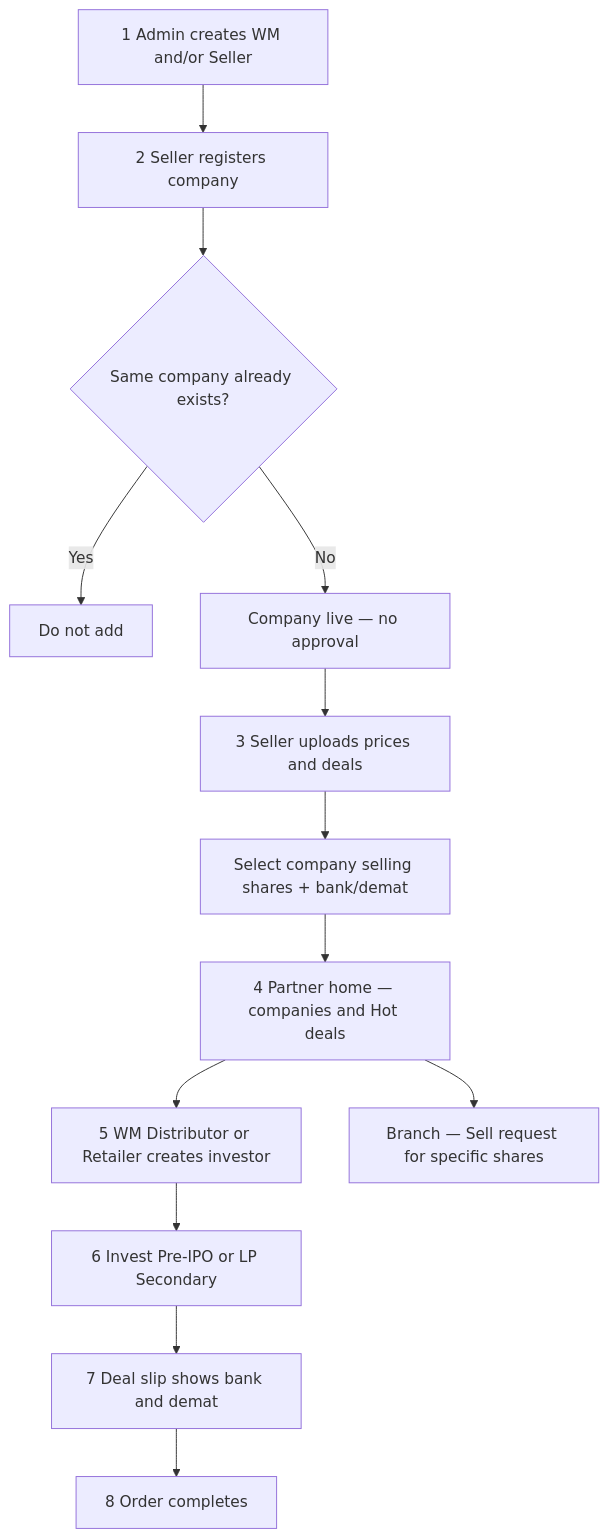
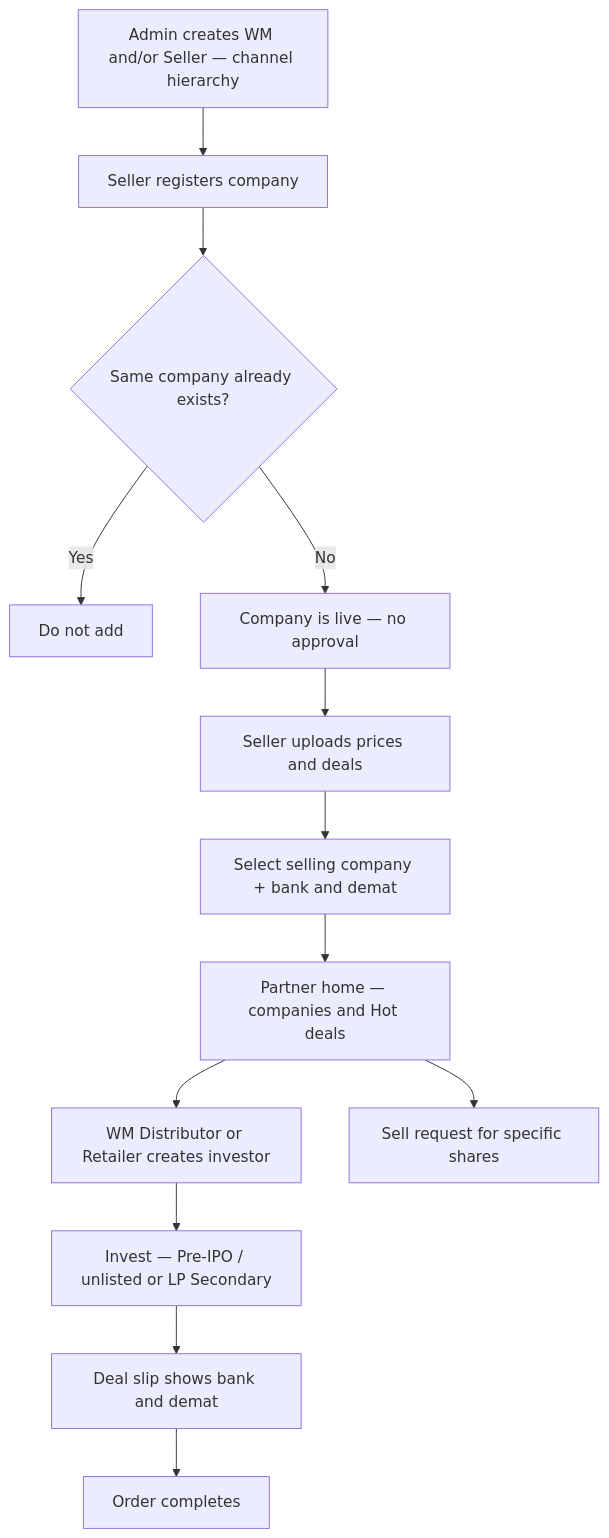
The diagram in docs/START-HERE.md (kavadevelopers/PrivateDealsBackend), drawn with Mermaid before and after one commit. The commit also changed other lines of this file and 3 other files, not shown here.

````diff
--- a/docs/START-HERE.md
+++ b/docs/START-HERE.md
@@ -19,15 +16,15 @@
 ```mermaid
 flowchart TD
-  A[1 Admin creates WM and/or Seller] --> B[2 Seller registers company]
-  B --> Dup{Same company already exists?}
+  Setup[Admin creates WM and/or Seller — channel hierarchy] --> Company[Seller registers company]
+  Company --> Dup{Same company already exists?}
   Dup -->|Yes| Stop[Do not add]
-  Dup -->|No| Live[Company live — no approval]
-  Live --> D[3 Seller uploads prices and deals]
-  D --> Select[Select company selling shares + bank/demat]
-  Select --> E[4 Partner home — companies and Hot deals]
-  E --> F[5 WM Distributor or Retailer creates investor]
-  F --> G[6 Invest Pre-IPO or LP Secondary]
-  G --> Slip[7 Deal slip shows bank and demat]
-  Slip --> H[8 Order completes]
-  E --> I[Branch — Sell request for specific shares]
+  Dup -->|No| Live[Company is live — no approval]
+  Live --> Commercial[Seller uploads prices and deals]
+  Commercial --> Bound[Select selling company + bank and demat]
+  Bound --> Home[Partner home — companies and Hot deals]
+  Home --> Investor[WM Distributor or Retailer creates investor]
+  Investor --> Invest[Invest — Pre-IPO / unlisted or LP Secondary]
+  Invest --> Slip[Deal slip shows bank and demat]
+  Slip --> Done[Order completes]
+  Home --> SellReq[Sell request for specific shares]
 ```
````
